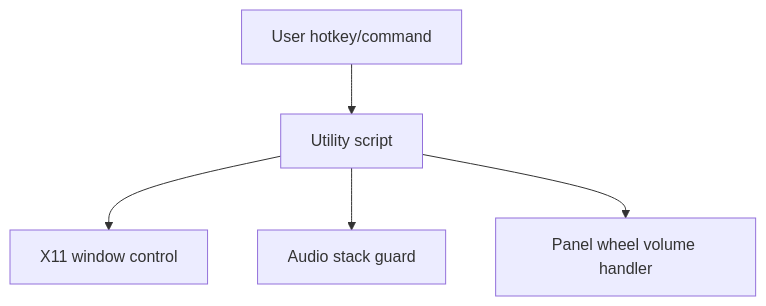
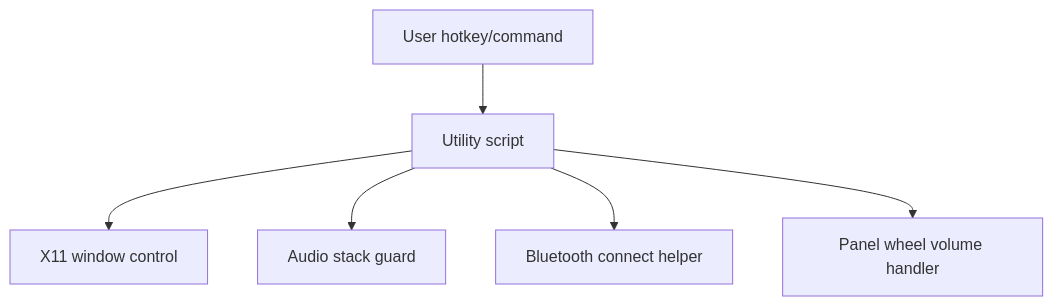
One commit to DenisArger/DeskPulse changed the first of 2 diagrams in README.md. Above: the diagram before and after it, drawn with Mermaid. The commit also changed other lines of this file and 3 other files, not shown here.

First line of the commit message:
Add bt_headphones_connect.py script for reliable Bluetooth headphone connections

````diff
--- a/README.md
+++ b/README.md
@@ -20,7 +22,8 @@
 ```mermaid
 flowchart TD
   A[User hotkey/command] --> B[Utility script]
   B --> C[X11 window control]
   B --> D[Audio stack guard]
-  B --> E[Panel wheel volume handler]
+  B --> E[Bluetooth connect helper]
+  B --> F[Panel wheel volume handler]
 ```
````
